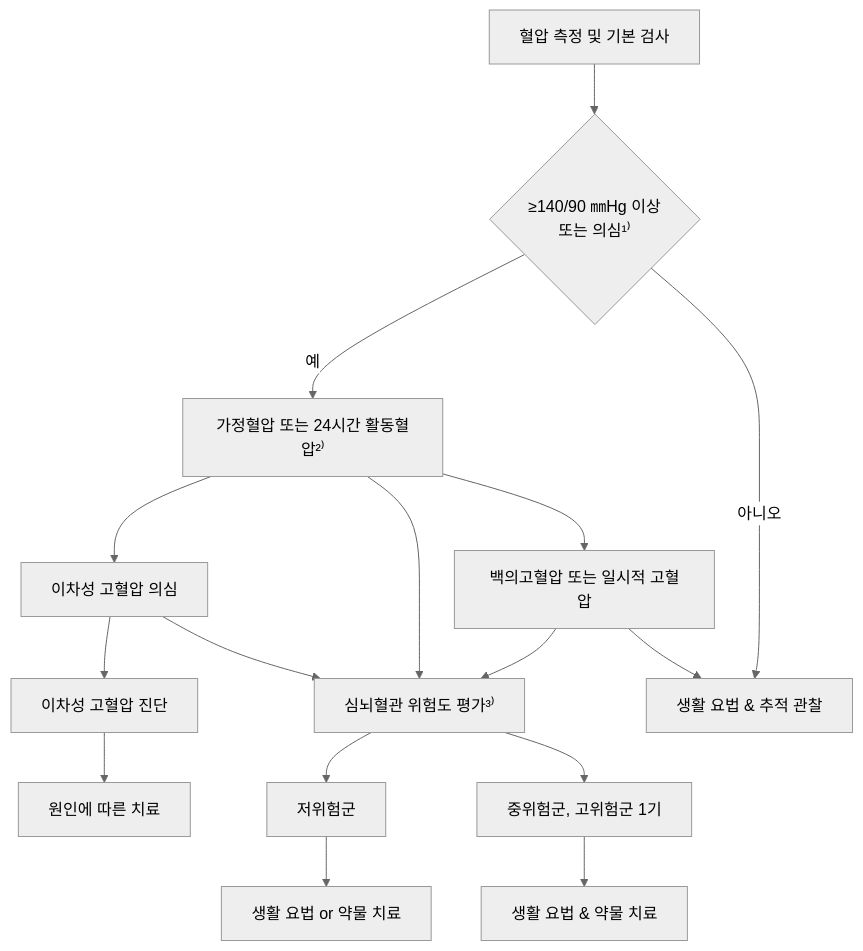
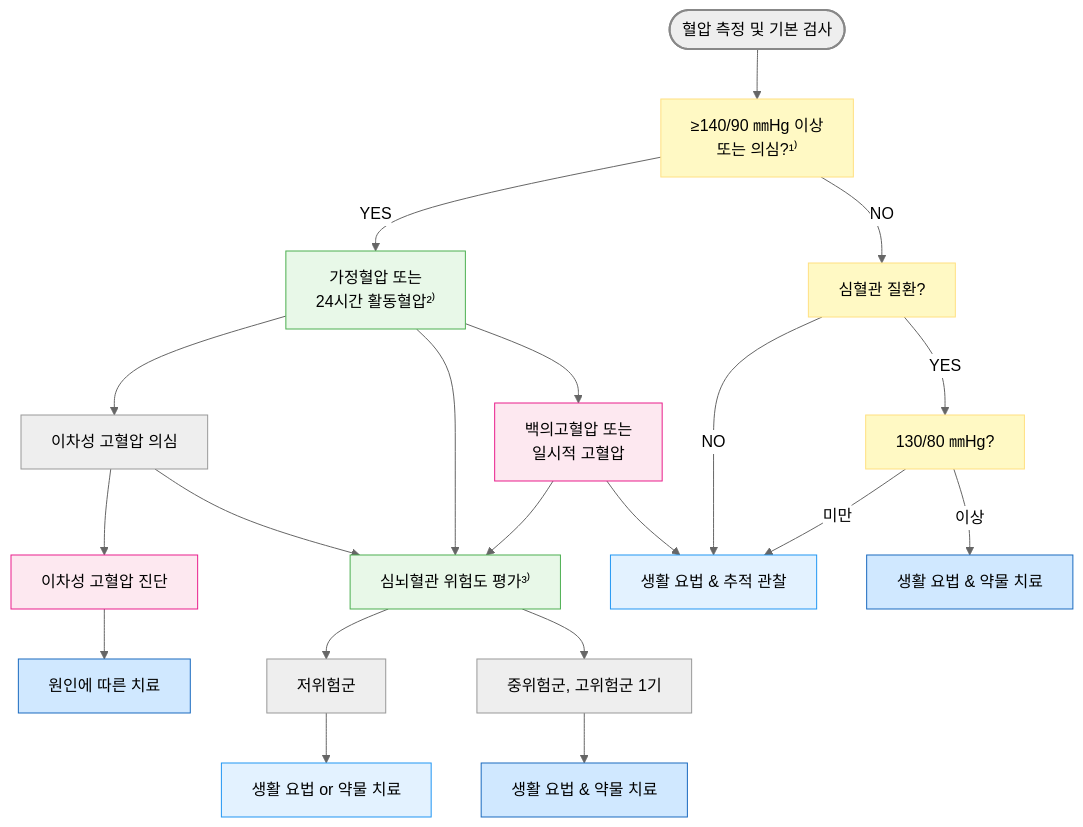
The second of 10 diagrams in 225_/095_-hypertension.md (familyoh77/familyoh77), drawn with Mermaid (neutral theme) before and after one commit. The commit also changed other lines of this file, not shown here.

````diff
--- a/225_/095_-hypertension.md
+++ b/225_/095_-hypertension.md
@@ -468,39 +459,54 @@
 ```mermaid
 graph TD
-    S1[혈압 측정 및 기본 검사]
-    S2{≥140/90 ㎜Hg 이상<br/>또는 의심¹⁾}
-    S3[가정혈압 또는 24시간 활동혈압²⁾]
-    
+    S1([혈압 측정 및 기본 검사])
+style S1 fill:#eeeeee,stroke:#888888,stroke-width:2px
+    S2[≥140/90 ㎜Hg 이상<br/>또는 의심?¹⁾]
+    S3[가정혈압 또는 <br/>24시간 활동혈압²⁾]
+    S22[심혈관 질환?]
+    S23[130/80 ㎜Hg?]
+classDef yellow fill:#fff9c4,stroke:#ffe082
+class S2,S22,S23 yellow
     S4[이차성 고혈압 의심]
     S5[심뇌혈관 위험도 평가³⁾]
-    S6[백의고혈압 또는 일시적 고혈압]
-    
+classDef lightGreen fill:#e8f8e8,stroke:#4caf50
+class S3,S5 lightGreen
+    S6[백의고혈압 또는 <br/>일시적 고혈압]
     S7[이차성 고혈압 진단]
+classDef pink fill:#fde8f0,stroke:#e91e8c
+class S6,S7 pink
     S8[저위험군]
     S9[중위험군, 고위험군 1기]
     
     S10[원인에 따른 치료]
     S11[생활 요법 or 약물 치료]
     S12[생활 요법 & 약물 치료]
     S13[생활 요법 & 추적 관찰]
-
+    S14[생활 요법 & 약물 치료]
+classDef sky fill:#e3f2ff,stroke:#2196f3
+class S11,S13 sky
+classDef blue fill:#d0e8ff,stroke:#1a6abf
+class S10,S12,S14 blue
     S1 --> S2
-    S2 -- 예 --> S3
-    S2 -- 아니오 --> S13
+    S2 -- YES --> S3
+    S2 -- NO --> S22
+    S22 -- NO --> S13
+    S22 -- YES --> S23
+    S23 -- 미만 --> S13
+    S23 -- 이상 --> S14
     
     S3 --> S4
     S3 --> S5
     S3 --> S6
     
     S4 --> S7
     S4 --> S5
     S7 --> S10
     
     S5 --> S8
     S5 --> S9
     
     S8 --> S11
     S9 --> S12
     S6 --> S5
     S6 --> S13
 ```
````
